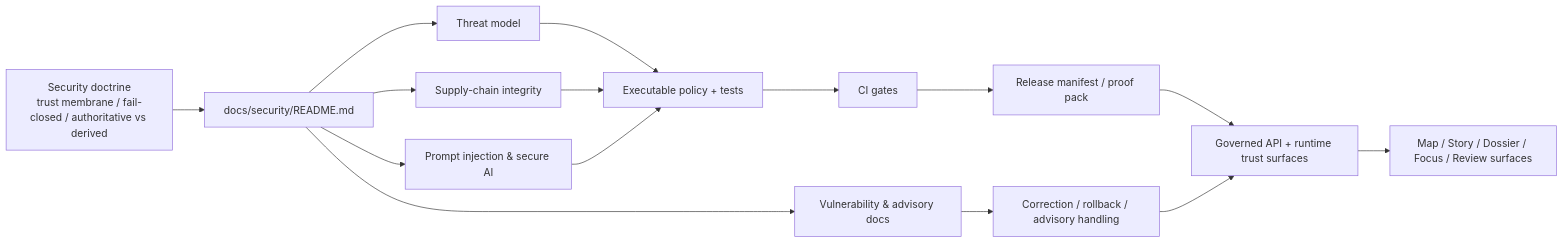
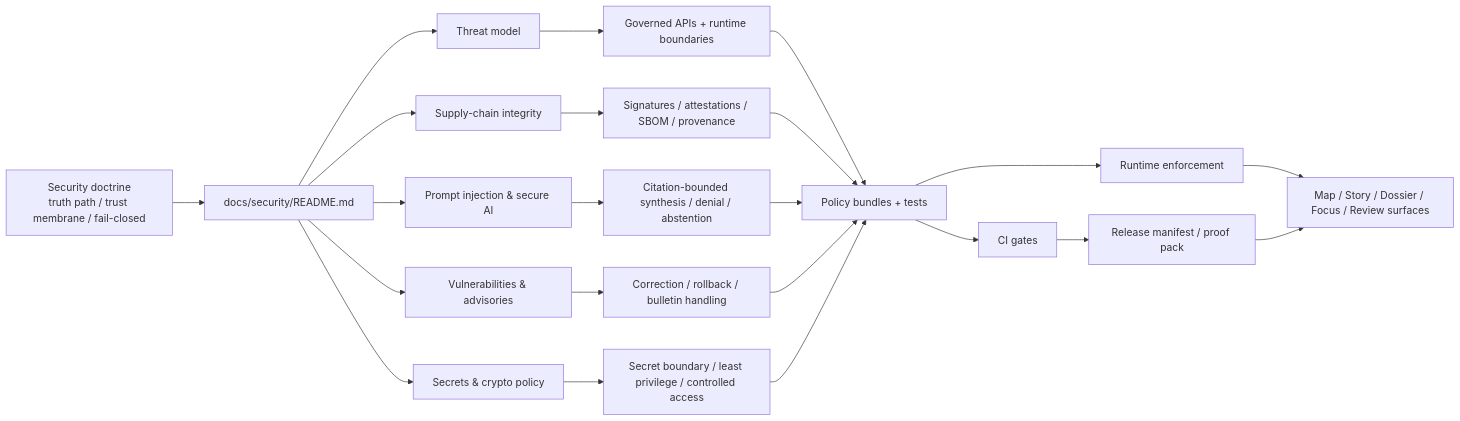
Before and after one commit to bartytime4life/Kansas-Frontier-Matrix: the diagram in docs/security/README.md, drawn with Mermaid. The commit also changed other lines of this file, not shown here.

First line of the commit message:
Revise KFM security README for clarity and structure

````diff
--- a/docs/security/README.md
+++ b/docs/security/README.md
@@ -204,20 +237,28 @@
 ```mermaid
 flowchart LR
-    A[Security doctrine<br/>trust membrane / fail-closed / authoritative vs derived] --> B[docs/security/README.md]
+    A[Security doctrine<br/>truth path / trust membrane / fail-closed] --> B[docs/security/README.md]
     B --> C[Threat model]
     B --> D[Supply-chain integrity]
     B --> E[Prompt injection & secure AI]
-    B --> F[Vulnerability & advisory docs]
+    B --> F[Vulnerabilities & advisories]
+    B --> G[Secrets & crypto policy]
 
-    C --> G[Executable policy + tests]
-    D --> G
-    E --> G
-    F --> H[Correction / rollback / advisory handling]
+    C --> H[Governed APIs + runtime boundaries]
+    D --> I[Signatures / attestations / SBOM / provenance]
+    E --> J[Citation-bounded synthesis / denial / abstention]
+    F --> K[Correction / rollback / bulletin handling]
+    G --> L[Secret boundary / least privilege / controlled access]
 
-    G --> I[CI gates]
-    I --> J[Release manifest / proof pack]
-    J --> K[Governed API + runtime trust surfaces]
-    H --> K
+    H --> M[Policy bundles + tests]
+    I --> M
+    J --> M
+    K --> M
+    L --> M
 
-    K --> L[Map / Story / Dossier / Focus / Review surfaces]
+    M --> N[CI gates]
+    M --> O[Runtime enforcement]
+    N --> P[Release manifest / proof pack]
+    O --> Q[Map / Story / Dossier / Focus / Review surfaces]
+
+    P --> Q
 ```
````
